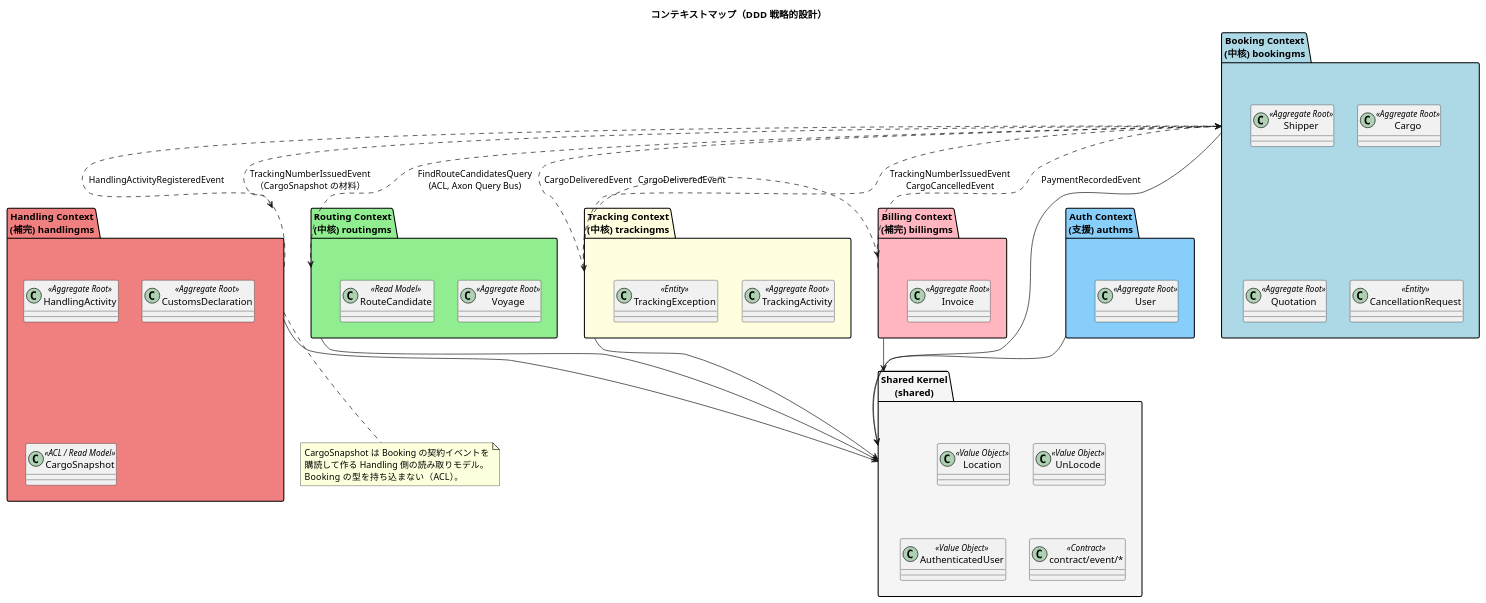
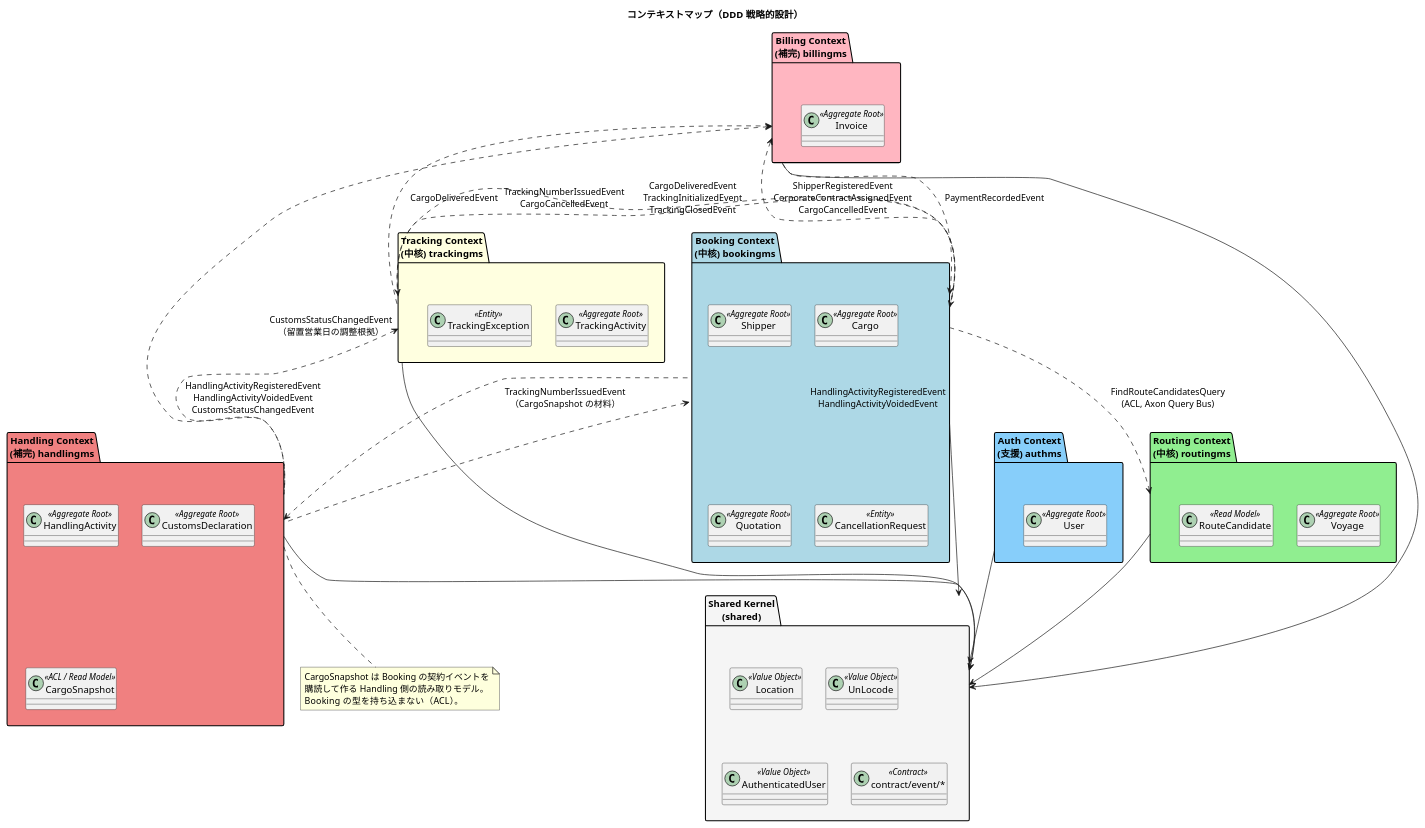
One commit to k2works/case-study-cargo-tracker changed the second of 13 diagrams in docs/design/cargo-tracker/domain-model.md. Above: the diagram before and after it, drawn with PlantUML. The commit also changed other lines of this file and 18 other files, not shown here.

````diff
--- a/docs/design/cargo-tracker/domain-model.md
+++ b/docs/design/cargo-tracker/domain-model.md
@@ -142,65 +142,67 @@
 ```plantuml
 @startuml
 title コンテキストマップ（DDD 戦略的設計）
 
 package "Booking Context\n(中核) bookingms" as booking #LightBlue {
   class Cargo <<Aggregate Root>>
   class Shipper <<Aggregate Root>>
   class Quotation <<Aggregate Root>>
   class CancellationRequest <<Entity>>
 }
 
 package "Routing Context\n(中核) routingms" as routing #LightGreen {
   class Voyage <<Aggregate Root>>
   class RouteCandidate <<Read Model>>
 }
 
 package "Tracking Context\n(中核) trackingms" as tracking #LightYellow {
   class TrackingActivity <<Aggregate Root>>
   class TrackingException <<Entity>>
 }
 
 package "Handling Context\n(補完) handlingms" as handling #LightCoral {
   class HandlingActivity <<Aggregate Root>>
   class CustomsDeclaration <<Aggregate Root>>
   class CargoSnapshot <<ACL / Read Model>>
 }
 
 package "Billing Context\n(補完) billingms" as billing #LightPink {
   class Invoice <<Aggregate Root>>
 }
 
 package "Auth Context\n(支援) authms" as auth #LightSkyBlue {
   class User <<Aggregate Root>>
 }
 
 package "Shared Kernel\n(shared)" as shared #WhiteSmoke {
   class Location <<Value Object>>
   class UnLocode <<Value Object>>
   class AuthenticatedUser <<Value Object>>
   class "contract/event/*" as contract <<Contract>>
 }
 
 booking --> shared
 routing --> shared
 tracking --> shared
 handling --> shared
 billing --> shared
 auth --> shared
 
 booking ..> routing : FindRouteCandidatesQuery\n(ACL, Axon Query Bus)
 tracking <.. booking : TrackingNumberIssuedEvent\nCargoCancelledEvent
-tracking <.. handling : HandlingActivityRegisteredEvent\nCustomsStatusChangedEvent
-booking <.. handling : HandlingActivityRegisteredEvent
+tracking <.. handling : HandlingActivityRegisteredEvent\nHandlingActivityVoidedEvent\nCustomsStatusChangedEvent
+booking <.. handling : HandlingActivityRegisteredEvent\nHandlingActivityVoidedEvent
 billing <.. tracking : CargoDeliveredEvent
-booking <.. tracking : CargoDeliveredEvent
+billing <.. handling : CustomsStatusChangedEvent\n（留置営業日の調整根拠）
+booking <.. tracking : CargoDeliveredEvent\nTrackingInitializedEvent\nTrackingClosedEvent
 booking <.. billing : PaymentRecordedEvent
+billing <.. booking : ShipperRegisteredEvent\nCorporateContractAssignedEvent\nCargoCancelledEvent
 handling <.. booking : TrackingNumberIssuedEvent\n（CargoSnapshot の材料）
 
 note bottom of handling
   CargoSnapshot は Booking の契約イベントを
   購読して作る Handling 側の読み取りモデル。
   Booking の型を持ち込まない（ACL）。
 end note
 @enduml
 ```
````
